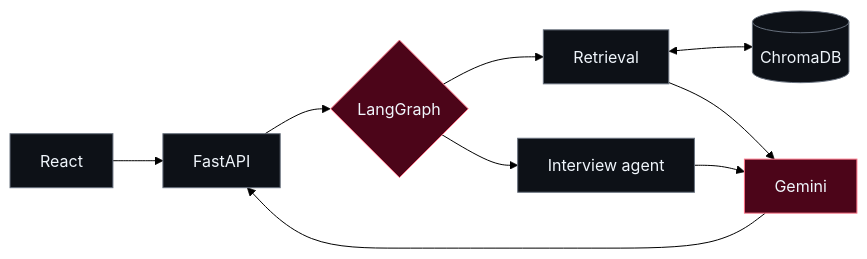
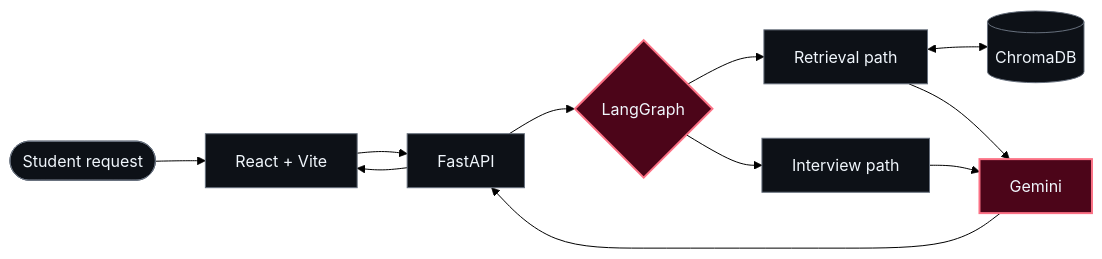
One commit to harsh24239/harsh24239 changed the first of 2 diagrams in README.md. Above: the diagram before and after it, drawn with Mermaid (forest theme). The commit also changed other lines of this file, not shown here.

````diff
--- a/README.md
+++ b/README.md
@@ -108,15 +113,17 @@
 ```mermaid
 flowchart LR
-    UI["React"] --> API["FastAPI"]
-    API --> AGENT{"LangGraph"}
-    AGENT --> RAG["Retrieval"]
-    AGENT --> INT["Interview agent"]
+    USER(["Student request"]) --> WEB["React + Vite"]
+    WEB --> API["FastAPI"]
+    API --> SUP{"LangGraph"}
+    SUP --> RAG["Retrieval path"]
+    SUP --> INT["Interview path"]
     RAG <--> DB[("ChromaDB")]
-    RAG --> LLM["Gemini"]
-    INT --> LLM
-    LLM --> API
-    classDef accent fill:#4C0519,stroke:#FB7185,color:#F0F6FC;
-    classDef base fill:#0D1117,stroke:#67707D,color:#F0F6FC;
-    class AGENT,LLM accent;
-    class UI,API,RAG,INT,DB base;
+    RAG --> GEN["Gemini"]
+    INT --> GEN
+    GEN --> API
+    API --> WEB
+    classDef ruby fill:#4C0519,stroke:#FB7185,color:#F0F6FC,stroke-width:2px;
+    classDef graphite fill:#0D1117,stroke:#67707D,color:#F0F6FC;
+    class SUP,GEN ruby;
+    class USER,WEB,API,RAG,INT,DB graphite;
 ```
````
